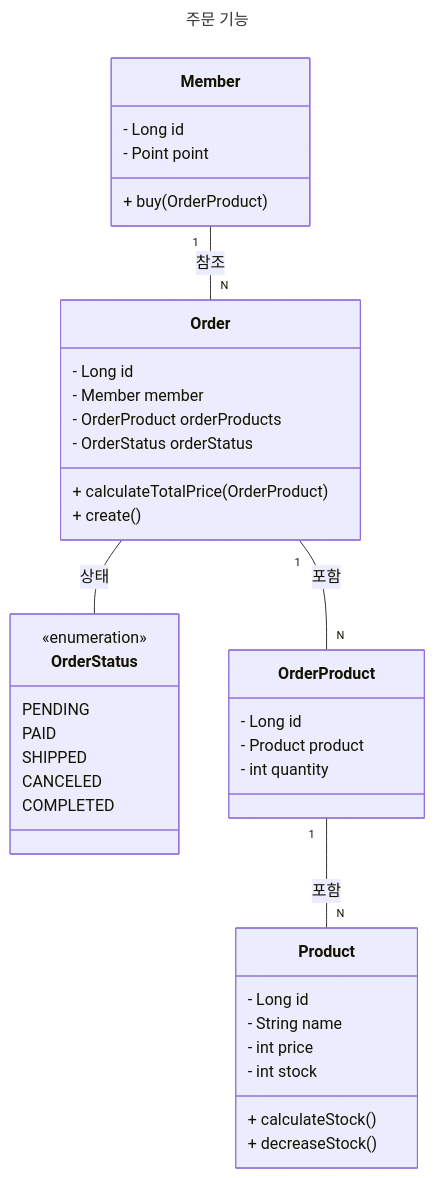
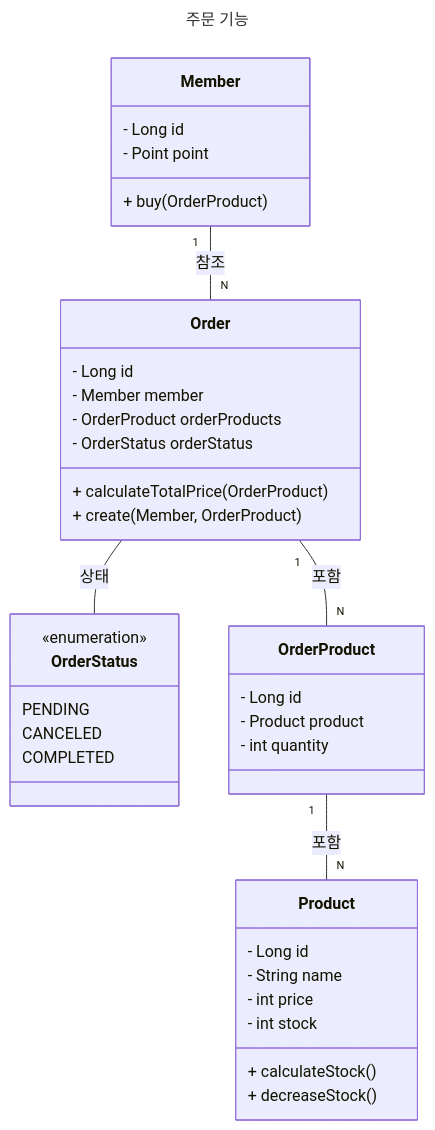
The third of 3 diagrams in docs/design/03-class-diagrams.md (dksqodwns/loopers), drawn with Mermaid before and after one commit. The commit also changed other lines of this file and 3 other files, not shown here.

Commit message:
docs: ERD 작성

````diff
--- a/docs/design/03-class-diagrams.md
+++ b/docs/design/03-class-diagrams.md
@@ -123,50 +61,48 @@
 ```mermaid
 ---
 title: 주문 기능
 ---
 
 classDiagram
     class Product {
         - Long id
         - String name
         - int price
         - int stock
         + calculateStock()
         + decreaseStock()
     }
 
     class Member {
         - Long id
         - Point point
         + buy(OrderProduct)
     }
 
     class Order {
         - Long id
         - Member member
         - OrderProduct orderProducts
         - OrderStatus orderStatus
         + calculateTotalPrice(OrderProduct)
-        + create()
+        + create(Member, OrderProduct)
     }
 
     class OrderStatus {
         <<enumeration>>
         PENDING
-        PAID
-        SHIPPED
         CANCELED
         COMPLETED
     }
 
     class OrderProduct {
         - Long id
         - Product product
         - int quantity
     }
 
     Member "1" -- "N" Order: 참조
     Order "1" -- "N" OrderProduct: 포함
     OrderProduct "1" -- "N" Product: 포함
     Order  --  OrderStatus: 상태
 ```
````
